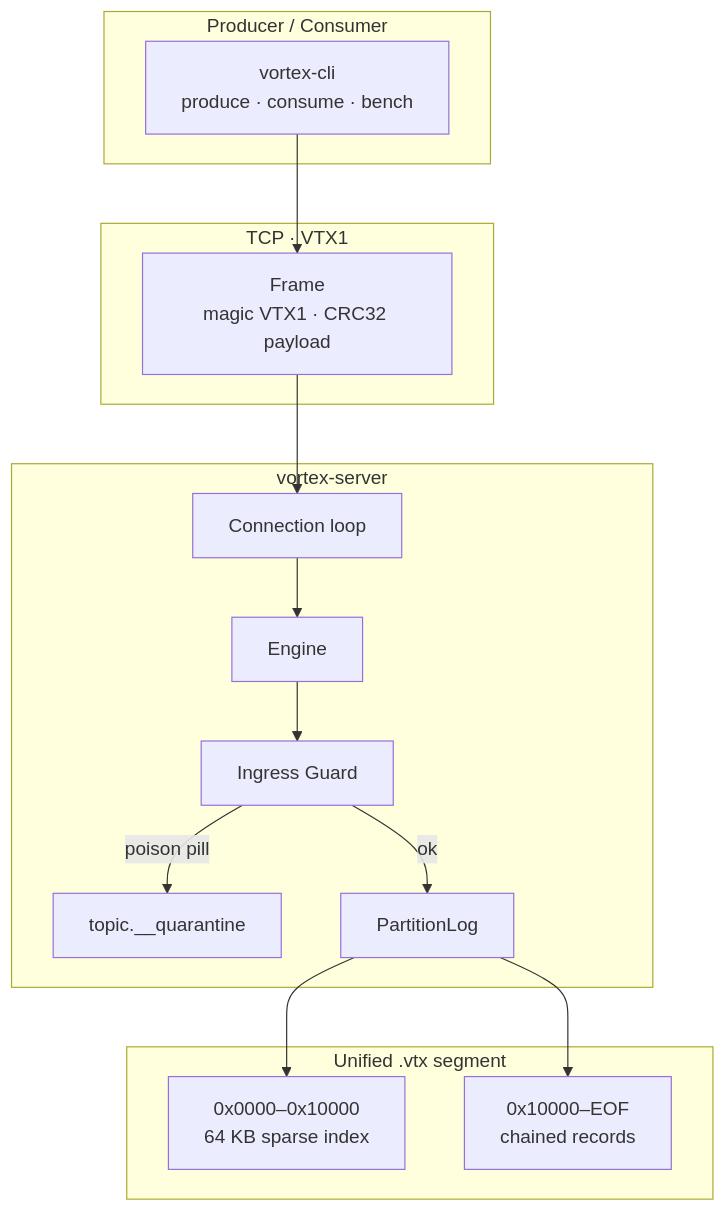
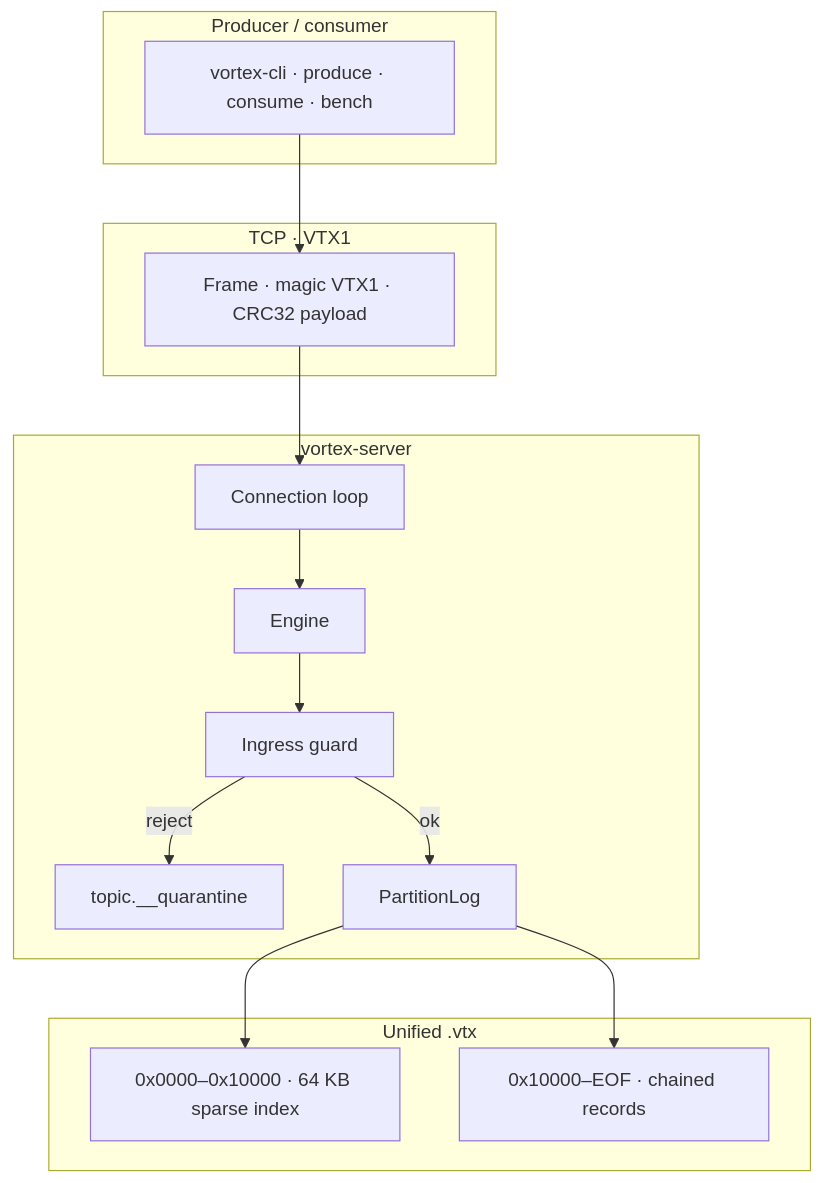
Before and after one commit to Ujjwal0207/Vortex: the first of 2 diagrams in README.md, drawn with Mermaid. The commit also changed other lines of this file, not shown here.

Commit message:
docs: update architectural highlights, linear hash chain spec, and roadmap

````diff
--- a/README.md
+++ b/README.md
@@ -97,32 +106,29 @@
 ```mermaid
 flowchart TB
-  subgraph Client["Producer / Consumer"]
-    CLI["vortex-cli<br/>produce · consume · bench"]
+  subgraph Client["Producer / consumer"]
+    CLI["vortex-cli · produce · consume · bench"]
   end
 
   subgraph Wire["TCP · VTX1"]
-    FR["Frame<br/>magic VTX1 · CRC32 payload"]
+    FR["Frame · magic VTX1 · CRC32 payload"]
   end
 
   subgraph Broker["vortex-server"]
     CONN["Connection loop"]
     ENG["Engine"]
-    GUARD["Ingress Guard"]
+    GUARD["Ingress guard"]
     Q["topic.__quarantine"]
     PART["PartitionLog"]
   end
 
-  subgraph Disk["Unified .vtx segment"]
-    HDR["0x0000–0x10000<br/>64 KB sparse index"]
-    DATA["0x10000–EOF<br/>chained records"]
+  subgraph Disk["Unified .vtx"]
+    HDR["0x0000–0x10000 · 64 KB sparse index"]
+    DATA["0x10000–EOF · chained records"]
   end
 
-  CLI --> FR
-  FR --> CONN
-  CONN --> ENG
-  ENG --> GUARD
-  GUARD -->|poison pill| Q
+  CLI --> FR --> CONN --> ENG --> GUARD
+  GUARD -->|reject| Q
   GUARD -->|ok| PART
   PART --> HDR
   PART --> DATA
 ```
````
